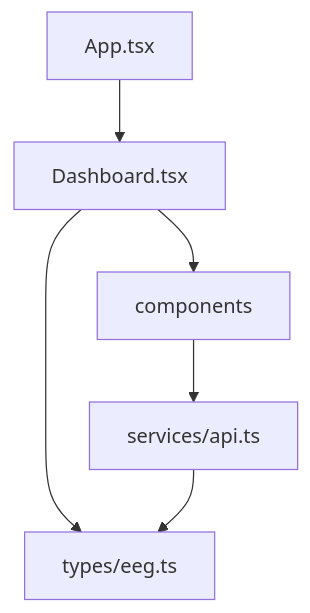
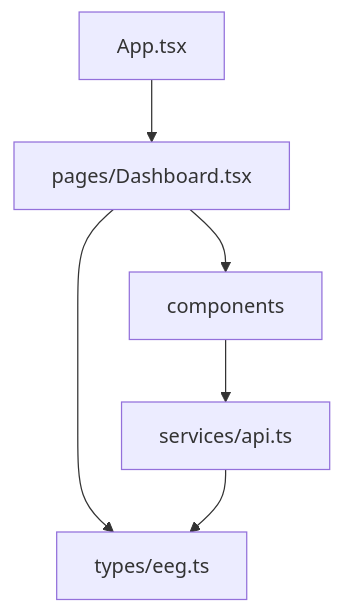
The fourth of 5 diagrams in doc/02_システム構成.md (ryoma-1999/eeg-analysis-platform), drawn with Mermaid before and after one commit.

Commit message:
02_システム構成図編集

````diff
--- a/doc/02_システム構成.md
+++ b/doc/02_システム構成.md
@@ -196,14 +196,14 @@
 ```mermaid
 flowchart TB
     A["App.tsx"]
-    D["Dashboard.tsx"]
+    D["pages/Dashboard.tsx"]
     C["components"]
     API["services/api.ts"]
     T["types/eeg.ts"]
 
     A --> D
     D --> C
     C --> API
     D --> T
     API --> T
 ```
````
